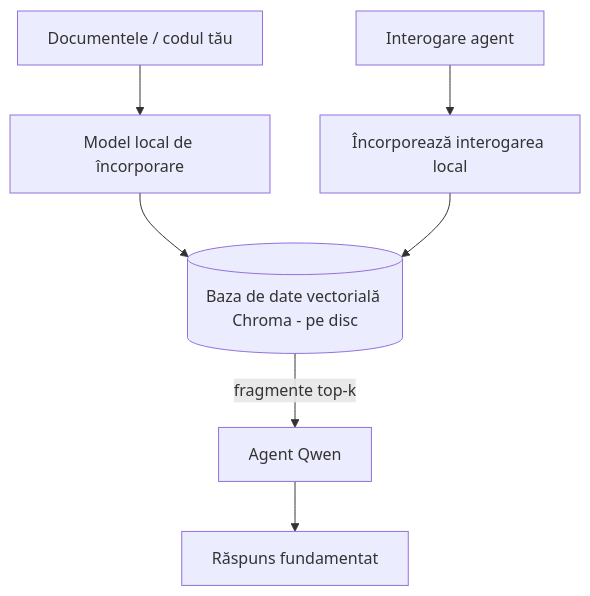
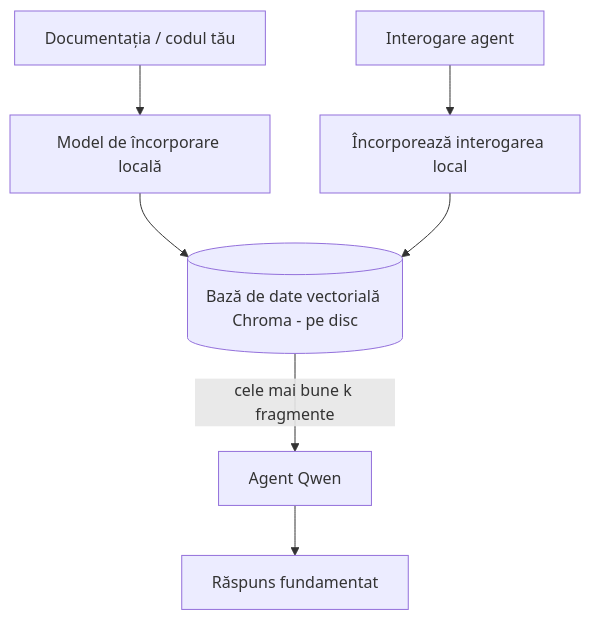
The third of 4 diagrams in mirrors/repos/microsoft@ai-agents-for-beginners/translations/ro/17-creating-local-ai-agents/README.md (gabrielmoreira/agent-skills-mirror), drawn with Mermaid before and after one commit. The commit also changed other lines of this file and 4262 other files, not shown here.

````diff
--- a/mirrors/repos/microsoft@ai-agents-for-beginners/translations/ro/17-creating-local-ai-agents/README.md
+++ b/mirrors/repos/microsoft@ai-agents-for-beginners/translations/ro/17-creating-local-ai-agents/README.md
@@ -125,9 +125,9 @@
 ```mermaid
 flowchart TB
-    D[Documentele / codul tău] --> E[Model local de încorporare]
-    E --> V[(Baza de date vectorială Chroma - pe disc)]
+    D[Documentația / codul tău] --> E[Model de încorporare locală]
+    E --> V[(Bază de date vectorială Chroma - pe disc)]
     Q[Interogare agent] --> QE[Încorporează interogarea local]
     QE --> V
-    V -->|fragmente top-k| A[Agent Qwen]
+    V -->|cele mai bune k fragmente| A[Agent Qwen]
     A --> Ans[Răspuns fundamentat]
 ```
````
